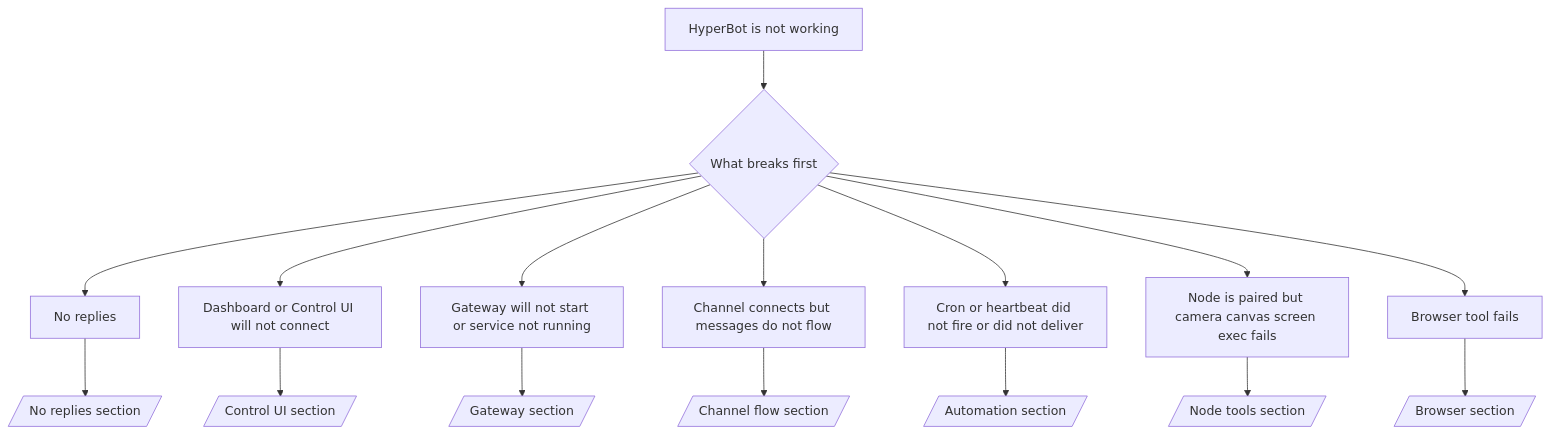
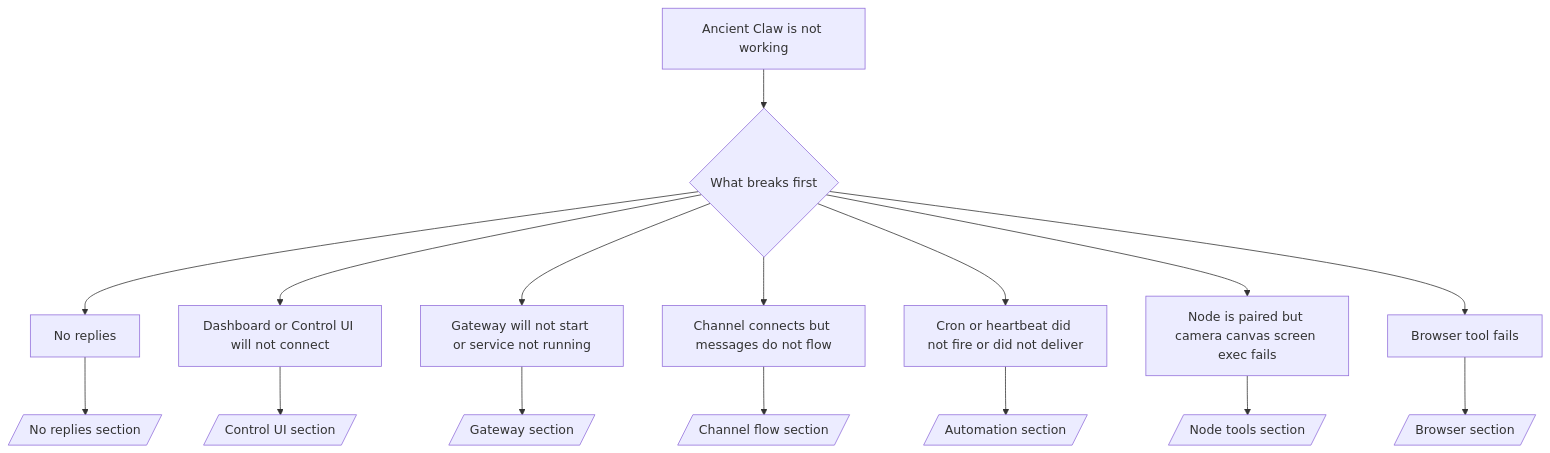
Before and after one commit to conceptlucid/Hyperbotdesktop: the diagram in docs/help/troubleshooting.md, drawn with Mermaid. The commit also changed other lines of this file and 665 other files, not shown here.

Commit message:
Rebrand to Ancient Claw

````diff
--- a/docs/help/troubleshooting.md
+++ b/docs/help/troubleshooting.md
@@ -70,19 +70,19 @@
 ```mermaid
 flowchart TD
-  A[HyperBot is not working] --> B{What breaks first}
+  A[Ancient Claw is not working] --> B{What breaks first}
   B --> C[No replies]
   B --> D[Dashboard or Control UI will not connect]
   B --> E[Gateway will not start or service not running]
   B --> F[Channel connects but messages do not flow]
   B --> G[Cron or heartbeat did not fire or did not deliver]
   B --> H[Node is paired but camera canvas screen exec fails]
   B --> I[Browser tool fails]
 
   C --> C1[/No replies section/]
   D --> D1[/Control UI section/]
   E --> E1[/Gateway section/]
   F --> F1[/Channel flow section/]
   G --> G1[/Automation section/]
   H --> H1[/Node tools section/]
   I --> I1[/Browser section/]
 ```
````
